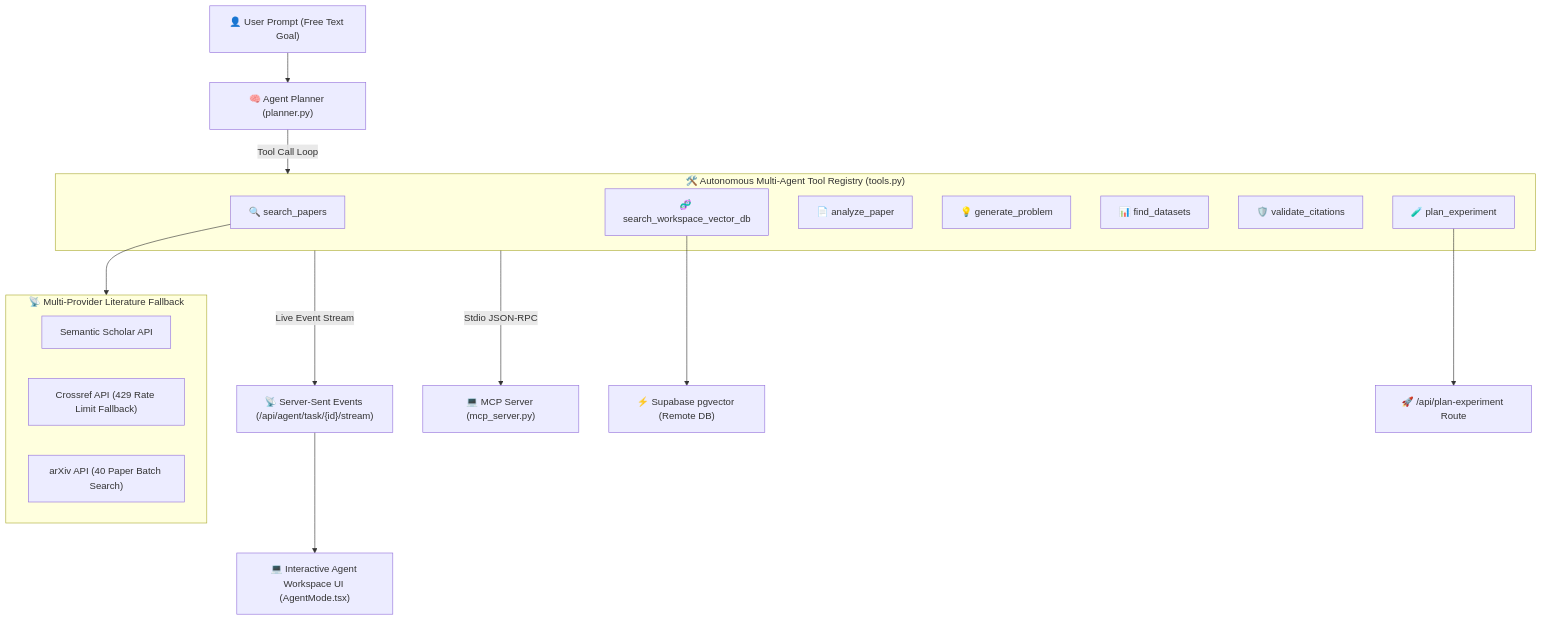
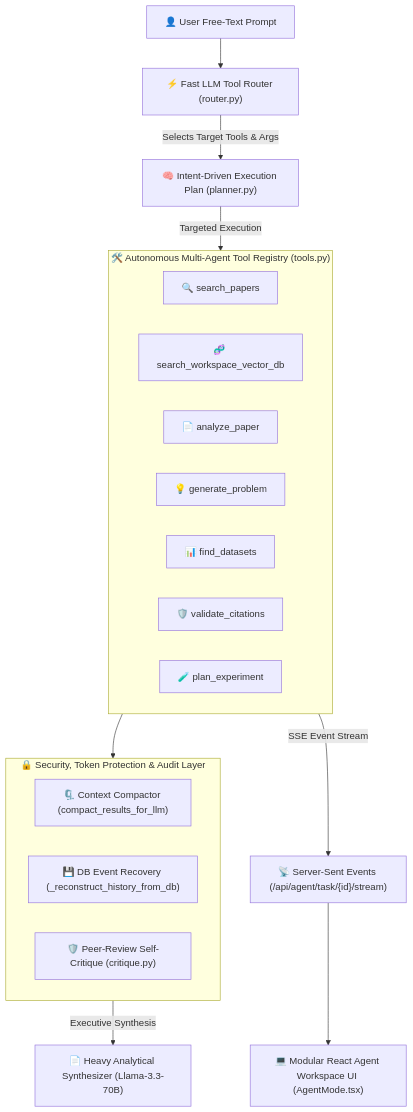
One commit to arpanpramanik2003/PaperLens-AI changed the first of 2 diagrams in docs/7_AGENT_MODE.md. Above: the diagram before and after it, drawn with Mermaid. The commit also changed other lines of this file and 1 other file, not shown here.

Commit message:
docs: add documentation for autonomous Agent Mode architecture and API references

````diff
--- a/docs/7_AGENT_MODE.md
+++ b/docs/7_AGENT_MODE.md
@@ -23,29 +24,29 @@
 ```mermaid
 flowchart TD
-    A["👤 User Prompt (Free Text Goal)"] --> B["🧠 Agent Planner (planner.py)"]
+    A["👤 User Free-Text Prompt"] --> B["⚡ Fast LLM Tool Router (router.py)"]
     
+    B -->|Selects Target Tools & Args| C["🧠 Intent-Driven Execution Plan (planner.py)"]
+
     subgraph ToolRegistry ["🛠️ Autonomous Multi-Agent Tool Registry (tools.py)"]
-        C1["🔍 search_papers"]
-        C2["🧬 search_workspace_vector_db"]
-        C3["📄 analyze_paper"]
-        C4["💡 generate_problem"]
-        C5["📊 find_datasets"]
-        C6["🛡️ validate_citations"]
-        C7["🧪 plan_experiment"]
+        D1["🔍 search_papers"]
+        D2["🧬 search_workspace_vector_db"]
+        D3["📄 analyze_paper"]
+        D4["💡 generate_problem"]
+        D5["📊 find_datasets"]
+        D6["🛡️ validate_citations"]
+        D7["🧪 plan_experiment"]
     end
 
-    subgraph LiteratureEngine ["📡 Multi-Provider Literature Fallback"]
-        D1["Semantic Scholar API"]
-        D2["Crossref API (429 Rate Limit Fallback)"]
-        D3["arXiv API (40 Paper Batch Search)"]
+    subgraph SecurityAndCompaction ["🔒 Security, Token Protection & Audit Layer"]
+        E1["🗜️ Context Compactor (compact_results_for_llm)"]
+        E2["💾 DB Event Recovery (_reconstruct_history_from_db)"]
+        E3["🛡️ Peer-Review Self-Critique (critique.py)"]
     end
 
-    B -->|Tool Call Loop| ToolRegistry
-    C1 --> LiteratureEngine
-    C2 --> E["⚡ Supabase pgvector (Remote DB)"]
-    C7 --> F["🚀 /api/plan-experiment Route"]
-
-    ToolRegistry -->|Live Event Stream| G["📡 Server-Sent Events (/api/agent/task/{id}/stream)"]
-    ToolRegistry -->|Stdio JSON-RPC| H["💻 MCP Server (mcp_server.py)"]
-    G --> I["💻 Interactive Agent Workspace UI (AgentMode.tsx)"]
+    C -->|Targeted Execution| ToolRegistry
+    ToolRegistry --> SecurityAndCompaction
+    SecurityAndCompaction -->|Executive Synthesis| F["📄 Heavy Analytical Synthesizer (Llama-3.3-70B)"]
+    
+    ToolRegistry -->|SSE Event Stream| G["📡 Server-Sent Events (/api/agent/task/{id}/stream)"]
+    G --> H["💻 Modular React Agent Workspace UI (AgentMode.tsx)"]
 ```
````
